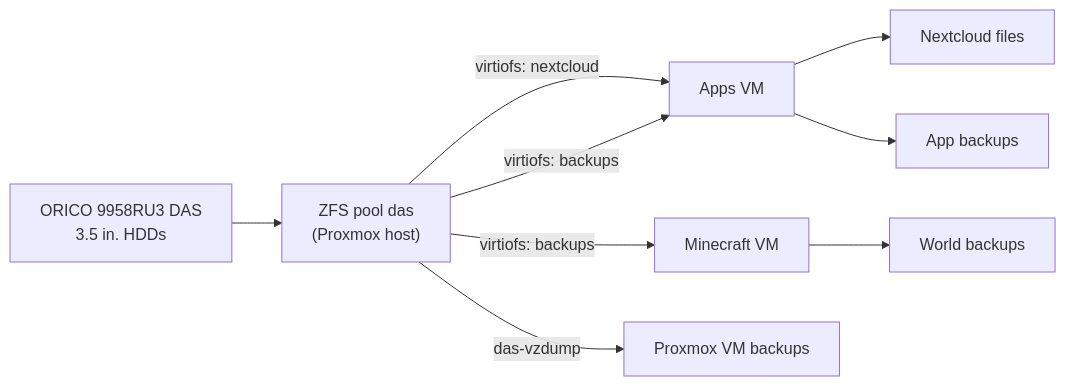
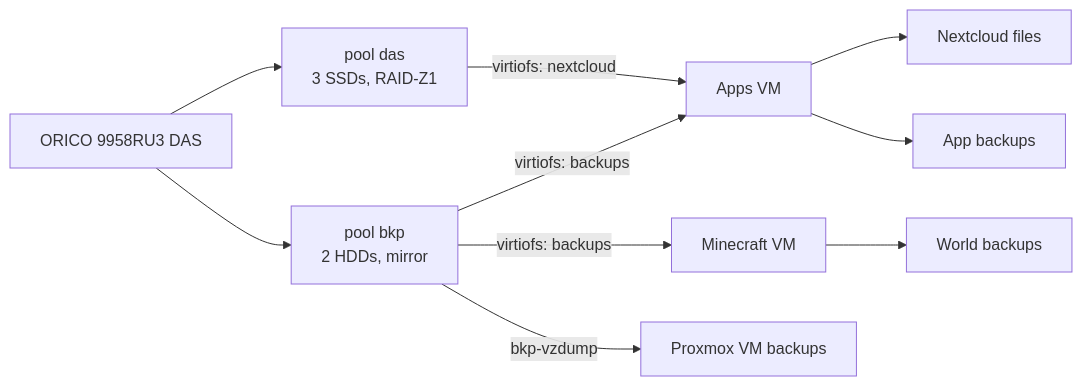
One commit to JM02-11/homelab changed the diagram in hardware/README.md. Above: the diagram before and after it, drawn with Mermaid. The commit also changed other lines of this file and 7 other files, not shown here.

First line of the commit message:
Two pools: SSD RAID-Z1 'das' for data, HDD mirror 'bkp' for backups

````diff
--- a/hardware/README.md
+++ b/hardware/README.md
@@ -62,11 +61,12 @@
 ```mermaid
 graph LR
-    DAS["ORICO 9958RU3 DAS<br/>3.5 in. HDDs"] --> ZFS["ZFS pool das<br/>(Proxmox host)"]
+    DAS["ORICO 9958RU3 DAS"] --> ZFS["pool das<br/>3 SSDs, RAID-Z1"]
+    DAS --> BKP["pool bkp<br/>2 HDDs, mirror"]
     ZFS -- "virtiofs: nextcloud" --> Apps["Apps VM"]
-    ZFS -- "virtiofs: backups" --> Apps
-    ZFS -- "virtiofs: backups" --> MC["Minecraft VM"]
-    ZFS -- "das-vzdump" --> PVE["Proxmox VM backups"]
+    BKP -- "virtiofs: backups" --> Apps
+    BKP -- "virtiofs: backups" --> MC["Minecraft VM"]
+    BKP -- "bkp-vzdump" --> PVE["Proxmox VM backups"]
     Apps --> NC["Nextcloud files"]
     Apps --> BK["App backups"]
     MC --> WB["World backups"]
 ```
````
